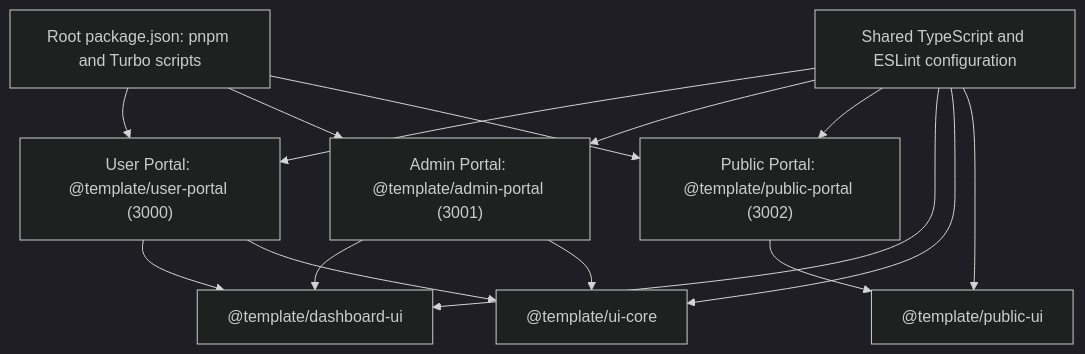
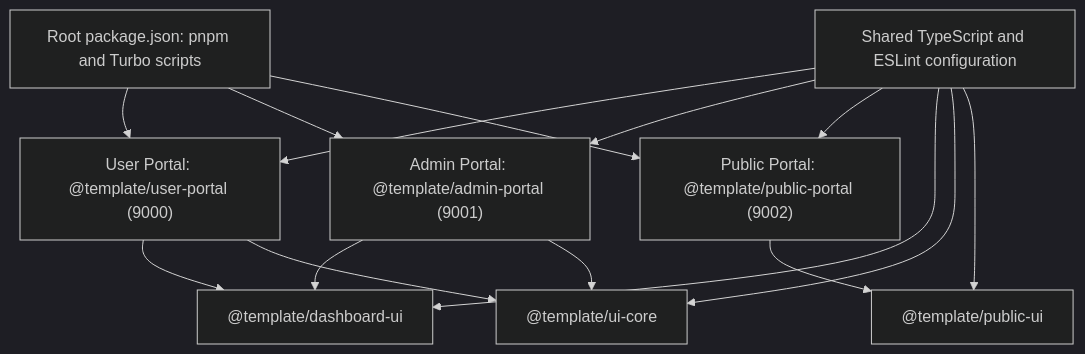
Before and after one commit to chukwuemekanweke/nextjs-project-template: the diagram in docs/architecture/01-monorepo-foundation.md, drawn with Mermaid (dark theme). The commit also changed 35 other files, not shown here.

First line of the commit message:
feat(auth): add secure user and admin portal sign-in (#8)

````diff
--- a/docs/architecture/01-monorepo-foundation.md
+++ b/docs/architecture/01-monorepo-foundation.md
@@ -5,26 +5,26 @@
 ```mermaid
 flowchart TB
   rootPkg["Root package.json: pnpm and Turbo scripts"]
-  userApp["User Portal: @template/user-portal (3000)"]
-  adminApp["Admin Portal: @template/admin-portal (3001)"]
-  publicApp["Public Portal: @template/public-portal (3002)"]
+  userApp["User Portal: @template/user-portal (9000)"]
+  adminApp["Admin Portal: @template/admin-portal (9001)"]
+  publicApp["Public Portal: @template/public-portal (9002)"]
   dashboardUi["@template/dashboard-ui"]
   uiCore["@template/ui-core"]
   publicUi["@template/public-ui"]
   tooling["Shared TypeScript and ESLint configuration"]
 
   rootPkg --> userApp
   rootPkg --> adminApp
   rootPkg --> publicApp
   userApp --> dashboardUi
   userApp --> uiCore
   adminApp --> dashboardUi
   adminApp --> uiCore
   publicApp --> publicUi
   tooling --> userApp
   tooling --> adminApp
   tooling --> publicApp
   tooling --> dashboardUi
   tooling --> uiCore
   tooling --> publicUi
 ```
````
